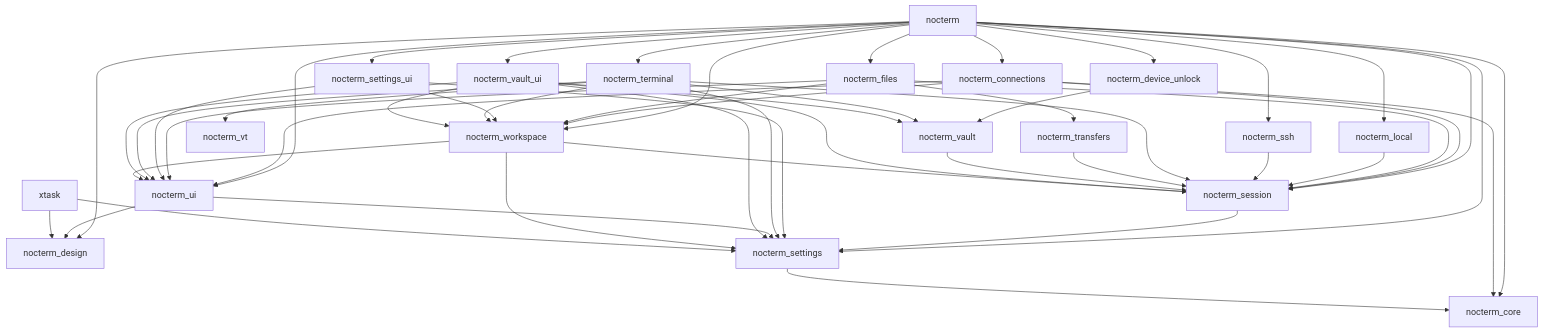
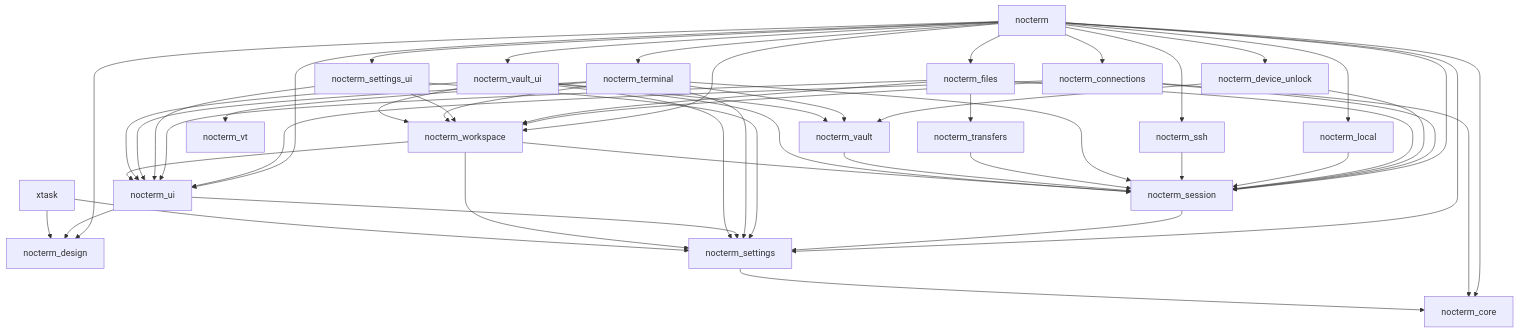
The diagram in docs/architecture/dependencies.md (cu-e/nocterm), drawn with Mermaid before and after one commit. The commit also changed other lines of this file and 12 other files, not shown here.

````diff
--- a/docs/architecture/dependencies.md
+++ b/docs/architecture/dependencies.md
@@ -30,53 +30,54 @@
 ```mermaid
 graph TD
     nocterm --> nocterm_connections
     nocterm --> nocterm_core
     nocterm --> nocterm_design
     nocterm --> nocterm_device_unlock
     nocterm --> nocterm_files
     nocterm --> nocterm_local
     nocterm --> nocterm_session
     nocterm --> nocterm_settings
     nocterm --> nocterm_settings_ui
     nocterm --> nocterm_ssh
     nocterm --> nocterm_terminal
     nocterm --> nocterm_ui
     nocterm --> nocterm_vault_ui
     nocterm --> nocterm_workspace
     nocterm_connections --> nocterm_core
     nocterm_connections --> nocterm_session
     nocterm_connections --> nocterm_ui
     nocterm_connections --> nocterm_workspace
+    nocterm_device_unlock --> nocterm_session
     nocterm_device_unlock --> nocterm_vault
     nocterm_files --> nocterm_session
     nocterm_files --> nocterm_transfers
     nocterm_files --> nocterm_ui
     nocterm_files --> nocterm_workspace
     nocterm_local --> nocterm_session
     nocterm_session --> nocterm_settings
     nocterm_settings --> nocterm_core
     nocterm_settings_ui --> nocterm_settings
     nocterm_settings_ui --> nocterm_ui
     nocterm_settings_ui --> nocterm_workspace
     nocterm_ssh --> nocterm_session
     nocterm_terminal --> nocterm_session
     nocterm_terminal --> nocterm_settings
     nocterm_terminal --> nocterm_ui
     nocterm_terminal --> nocterm_vault
     nocterm_terminal --> nocterm_vt
     nocterm_terminal --> nocterm_workspace
     nocterm_transfers --> nocterm_session
     nocterm_ui --> nocterm_design
     nocterm_ui --> nocterm_settings
     nocterm_vault --> nocterm_session
     nocterm_vault_ui --> nocterm_session
     nocterm_vault_ui --> nocterm_settings
     nocterm_vault_ui --> nocterm_ui
     nocterm_vault_ui --> nocterm_vault
     nocterm_vault_ui --> nocterm_workspace
     nocterm_workspace --> nocterm_session
     nocterm_workspace --> nocterm_settings
     nocterm_workspace --> nocterm_ui
     xtask --> nocterm_design
     xtask --> nocterm_settings
 ```
````
